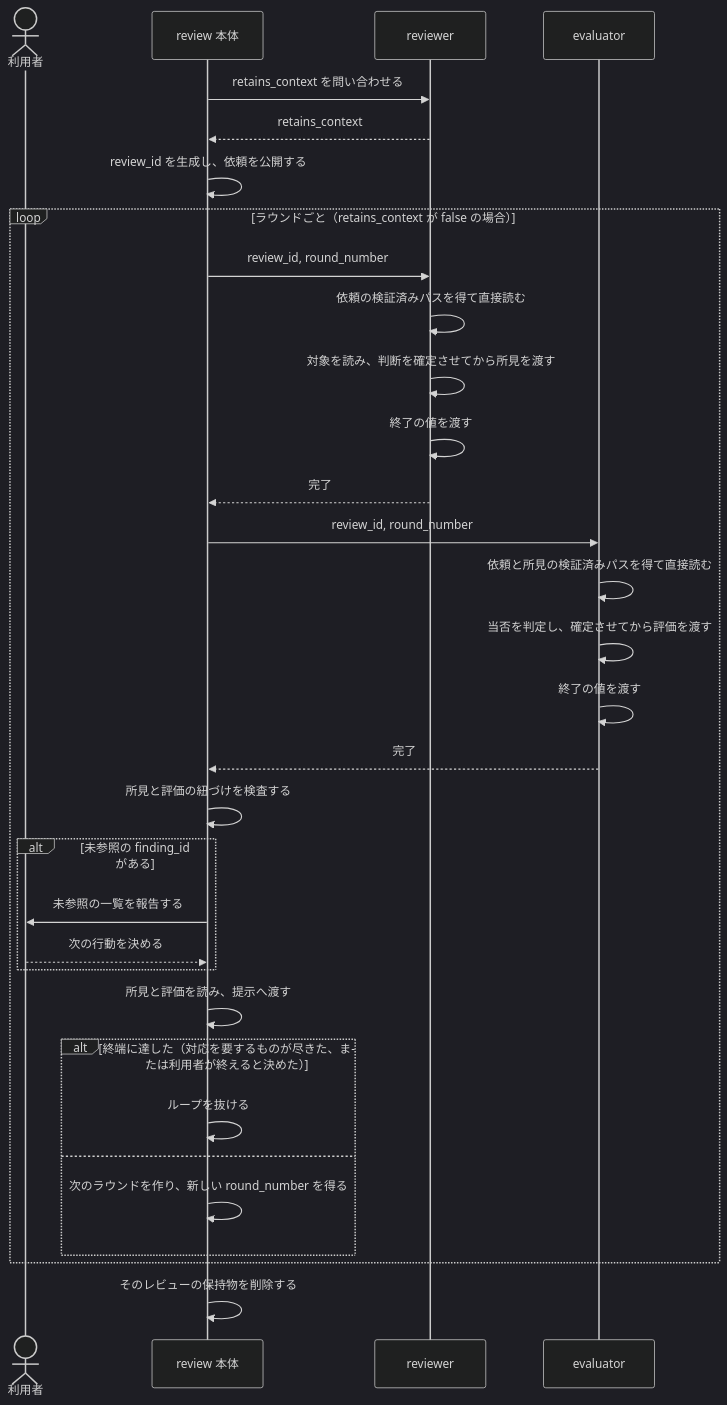
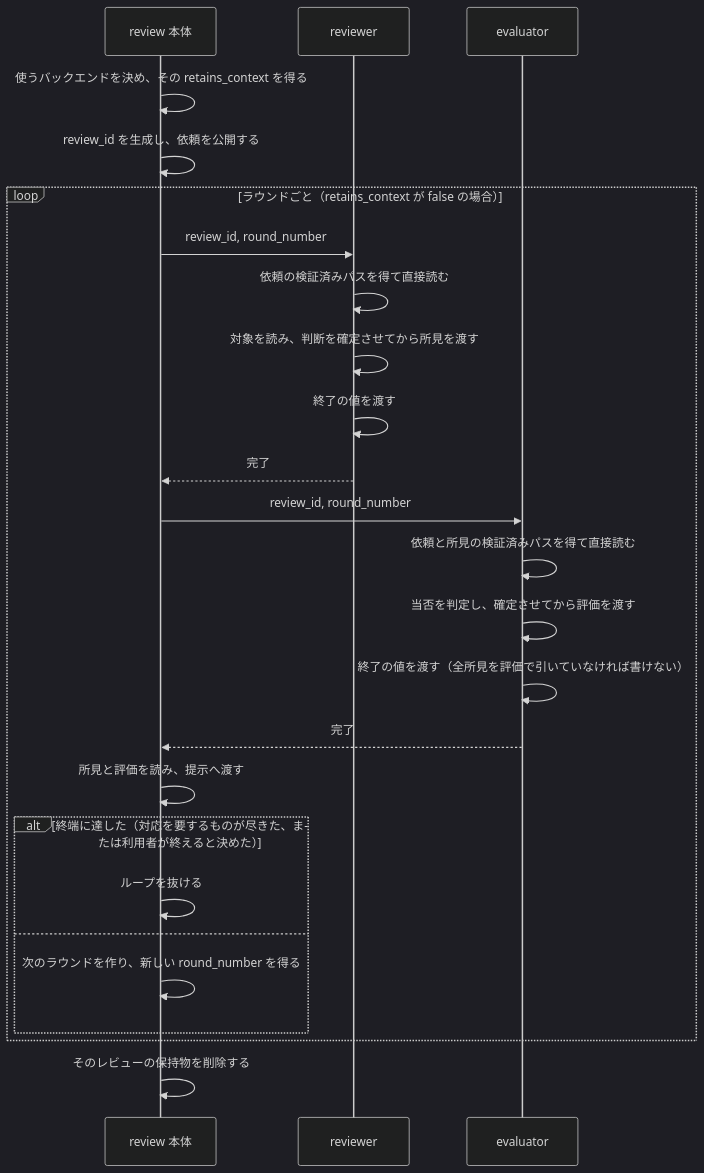
The diagram in docs/specs/review/requirements/REQ-029_review_exchange.md (BlueEventHorizon/bw-cc-plugins), drawn with Mermaid (dark theme) before and after one commit. The commit also changed other lines of this file and 4 other files, not shown here.

````diff
--- a/docs/specs/review/requirements/REQ-029_review_exchange.md
+++ b/docs/specs/review/requirements/REQ-029_review_exchange.md
@@ -56,35 +56,28 @@
 ```mermaid
 sequenceDiagram
-    actor Human as 利用者
     participant Body as review 本体
     participant R as reviewer
     participant E as evaluator
 
-    Body->>R: retains_context を問い合わせる
-    R-->>Body: retains_context
+    Body->>Body: 使うバックエンドを決め、その retains_context を得る
     Body->>Body: review_id を生成し、依頼を公開する
     loop ラウンドごと（retains_context が false の場合）
         Body->>R: review_id, round_number
         R->>R: 依頼の検証済みパスを得て直接読む
         R->>R: 対象を読み、判断を確定させてから所見を渡す
         R->>R: 終了の値を渡す
         R-->>Body: 完了
         Body->>E: review_id, round_number
         E->>E: 依頼と所見の検証済みパスを得て直接読む
         E->>E: 当否を判定し、確定させてから評価を渡す
-        E->>E: 終了の値を渡す
+        E->>E: 終了の値を渡す（全所見を評価で引いていなければ書けない）
         E-->>Body: 完了
-        Body->>Body: 所見と評価の紐づけを検査する
-        alt 未参照の finding_id がある
-            Body->>Human: 未参照の一覧を報告する
-            Human-->>Body: 次の行動を決める
-        end
         Body->>Body: 所見と評価を読み、提示へ渡す
         alt 終端に達した（対応を要するものが尽きた、または利用者が終えると決めた）
             Body->>Body: ループを抜ける
         else
             Body->>Body: 次のラウンドを作り、新しい round_number を得る
         end
     end
     Body->>Body: そのレビューの保持物を削除する
 ```
````
